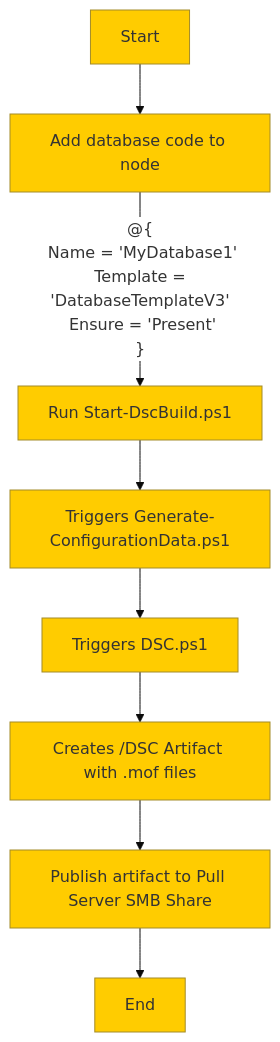
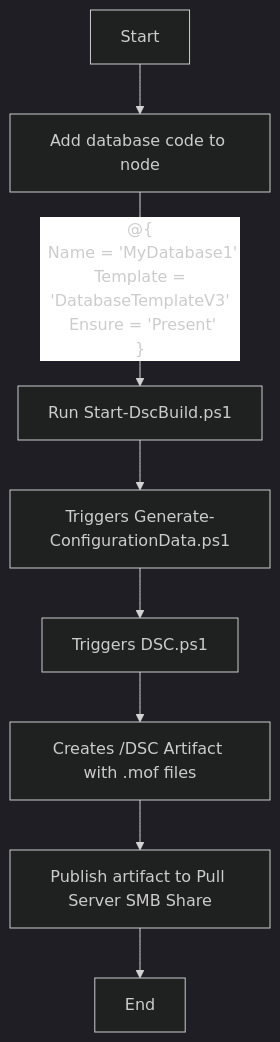
Before and after one commit to TobiasSonndag/DscTemplated: the diagram in README.md, drawn with Mermaid.

Commit message:
Change mermaid theme to dark

````diff
--- a/README.md
+++ b/README.md
@@ -37,11 +37,11 @@
 ```mermaid
-%%{init: {'theme': 'base', 'themeVariables': { 'primaryColor': '#ffcc00', 'edgeLabelBackground':'#ffffff', 'tertiaryColor': '#fff'}}}%%
+%%{init: {'theme': 'dark', 'themeVariables': { 'primaryColor': '#ffcc00', 'edgeLabelBackground':'#ffffff', 'tertiaryColor': '#fff'}}}%%
 graph TD
     A[Start] --> B[Add database code to node]
     B -- "@{<br> Name = 'MyDatabase1'<br> Template = 'DatabaseTemplateV3'<br> Ensure = 'Present'<br>}" --> C[Run Start-DscBuild.ps1]
     C --> D[Triggers Generate-ConfigurationData.ps1]
     D --> E[Triggers DSC.ps1]
     E --> F[Creates /DSC Artifact with .mof files]
     F --> G[Publish artifact to Pull Server SMB Share]
     G --> H[End]
 ```
````
